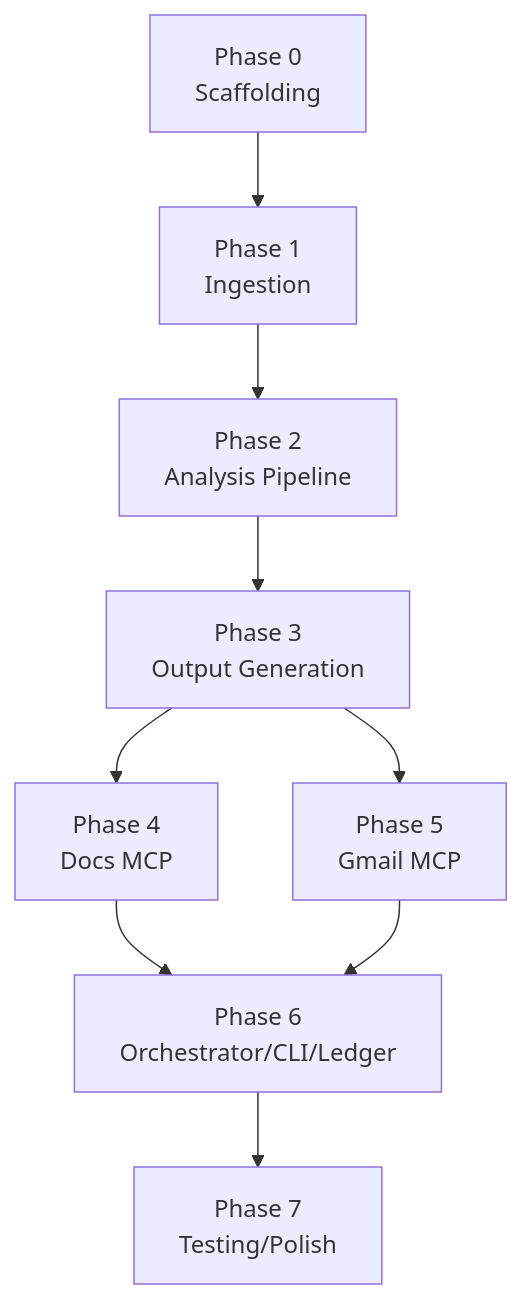
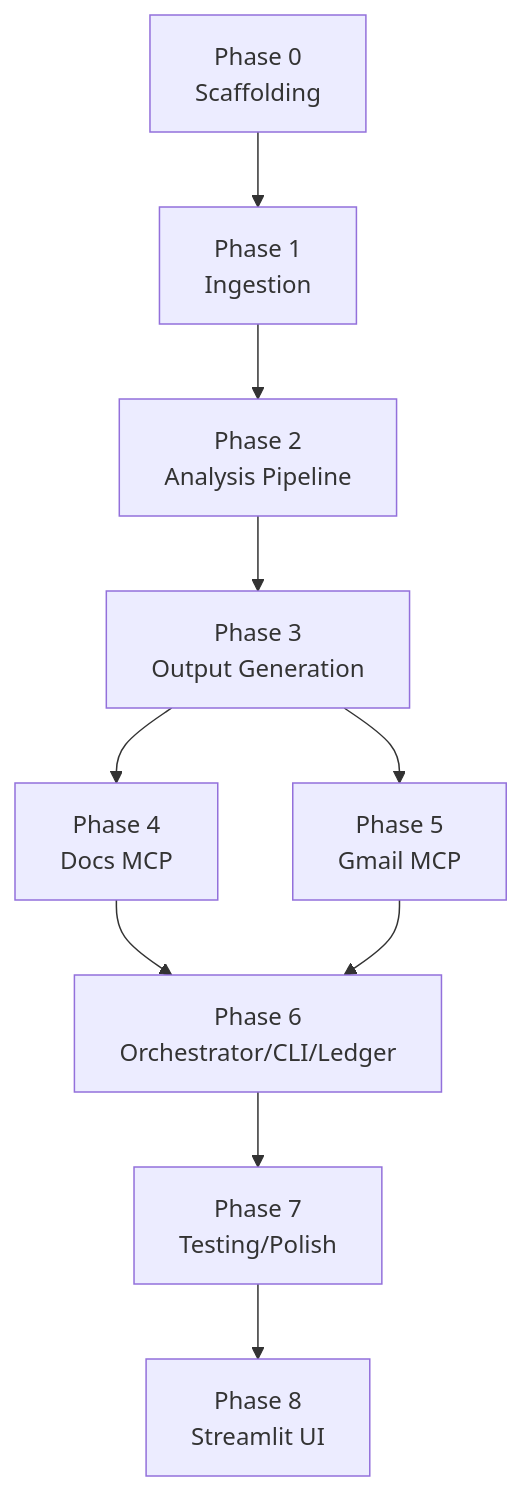
Before and after one commit to Shekhu07/Weekly_Pulse: the second of 2 diagrams in docs/implementation-plan.md, drawn with Mermaid. The commit also changed other lines of this file and 8 other files, not shown here.

Commit message:
feat: implement Phase 8 Streamlit UI and test infrastructure

````diff
--- a/docs/implementation-plan.md
+++ b/docs/implementation-plan.md
@@ -729,20 +729,22 @@
 ```mermaid
 graph TD
     P0["Phase 0<br/>Scaffolding"]
     P1["Phase 1<br/>Ingestion"]
     P2["Phase 2<br/>Analysis Pipeline"]
     P3["Phase 3<br/>Output Generation"]
     P4["Phase 4<br/>Docs MCP"]
     P5["Phase 5<br/>Gmail MCP"]
     P6["Phase 6<br/>Orchestrator/CLI/Ledger"]
     P7["Phase 7<br/>Testing/Polish"]
+    P8["Phase 8<br/>Streamlit UI"]
 
     P0 --> P1
     P1 --> P2
     P2 --> P3
     P3 --> P4
     P3 --> P5
     P4 --> P6
     P5 --> P6
     P6 --> P7
+    P7 --> P8
 ```
````
